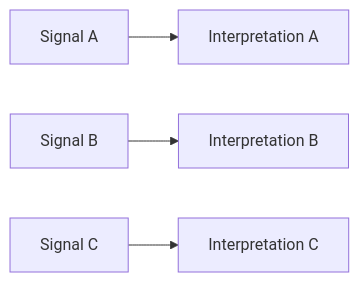
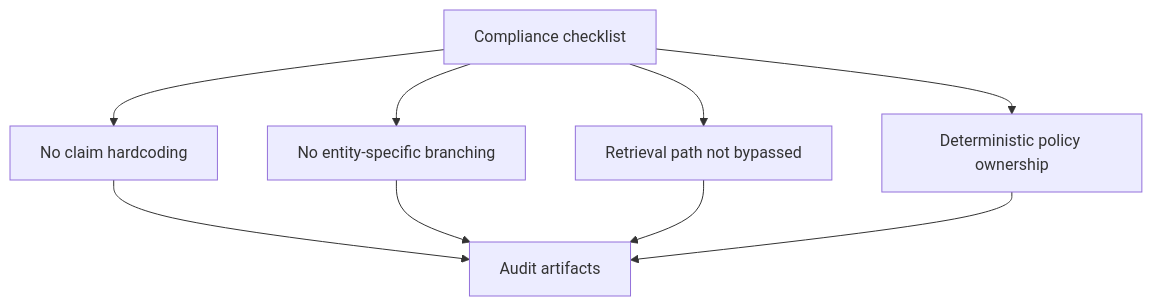
One commit to Luxia-AI/docs changed the first of 4 diagrams in methodology/figures/08-generalization-and-safety-pack.md. Above: the diagram before and after it, drawn with Mermaid. The commit also changed other lines of this file and 9 other files, not shown here.

First line of the commit message:
Refactor methodology figures with updated Mermaid diagrams and enhanced clarity across multiple packs. Key changes include:

````diff
--- a/methodology/figures/08-generalization-and-safety-pack.md
+++ b/methodology/figures/08-generalization-and-safety-pack.md
@@ -16,6 +16,11 @@
 ```mermaid
-flowchart LR
-    A[Signal A] --> B[Interpretation A]
-    C[Signal B] --> D[Interpretation B]
-    E[Signal C] --> F[Interpretation C]
+flowchart TB
+  C[Compliance checklist] --> C1[No claim hardcoding]
+  C --> C2[No entity-specific branching]
+  C --> C3[Retrieval path not bypassed]
+  C --> C4[Deterministic policy ownership]
+  C1 --> A[Audit artifacts]
+  C2 --> A
+  C3 --> A
+  C4 --> A
 ```
````
